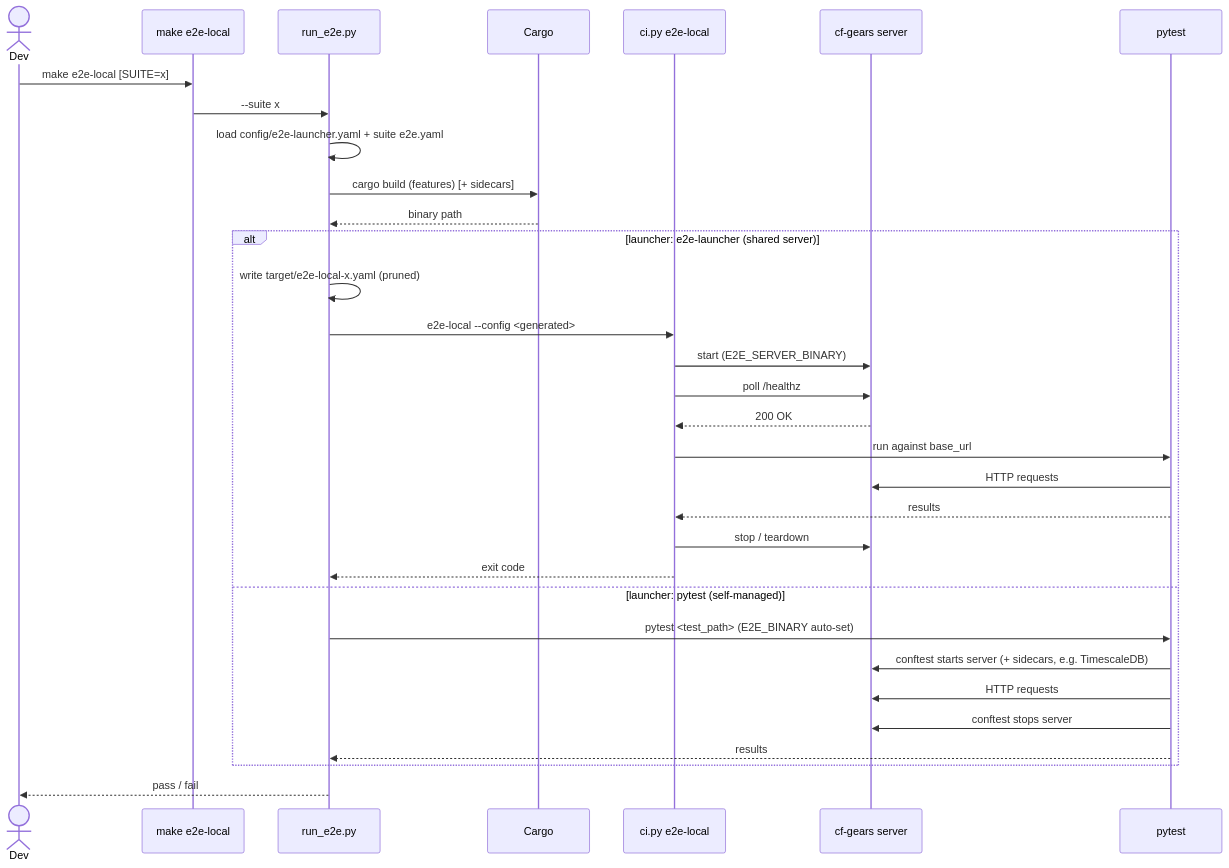
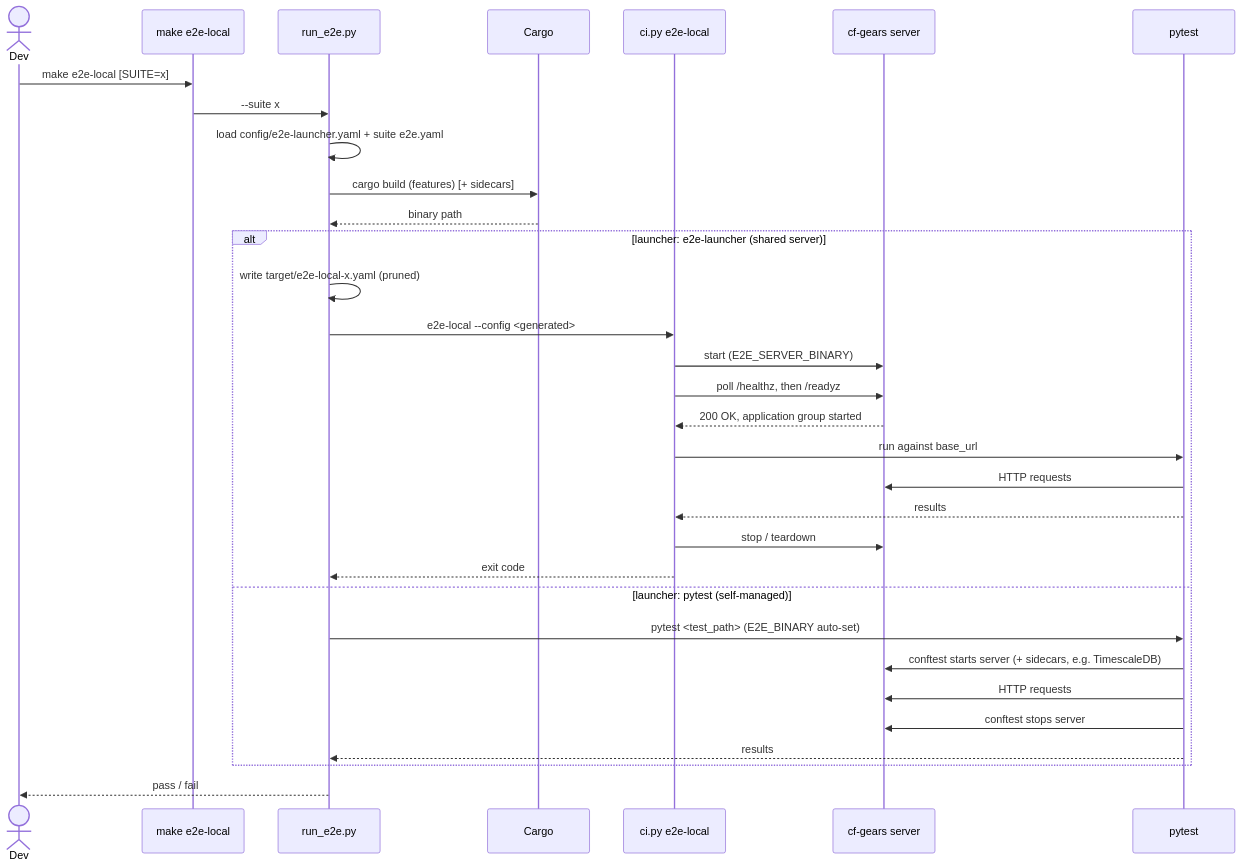
One commit to constructorfabric/gears-rust changed the diagram in testing/e2e/README.md. Above: the diagram before and after it, drawn with Mermaid. The commit also changed other lines of this file and 6 other files, not shown here.

````diff
--- a/testing/e2e/README.md
+++ b/testing/e2e/README.md
@@ -122,37 +126,37 @@
 ```mermaid
 sequenceDiagram
     actor Dev
     participant Make as make e2e-local
     participant Focus as run_e2e.py
     participant Cargo
     participant CI as ci.py e2e-local
     participant Server as cf-gears server
     participant Pytest as pytest
 
     Dev->>Make: make e2e-local [SUITE=x]
     Make->>Focus: --suite x
     Focus->>Focus: load config/e2e-launcher.yaml + suite e2e.yaml
     Focus->>Cargo: cargo build (features) [+ sidecars]
     Cargo-->>Focus: binary path
 
     alt launcher: e2e-launcher (shared server)
         Focus->>Focus: write target/e2e-local-x.yaml (pruned)
         Focus->>CI: e2e-local --config <generated>
         CI->>Server: start (E2E_SERVER_BINARY)
-        CI->>Server: poll /healthz
-        Server-->>CI: 200 OK
+        CI->>Server: poll /healthz, then /readyz
+        Server-->>CI: 200 OK, application group started
         CI->>Pytest: run against base_url
         Pytest->>Server: HTTP requests
         Pytest-->>CI: results
         CI->>Server: stop / teardown
         CI-->>Focus: exit code
     else launcher: pytest (self-managed)
         Focus->>Pytest: pytest <test_path> (E2E_BINARY auto-set)
         Pytest->>Server: conftest starts server (+ sidecars, e.g. TimescaleDB)
         Pytest->>Server: HTTP requests
         Pytest->>Server: conftest stops server
         Pytest-->>Focus: results
     end
 
     Focus-->>Dev: pass / fail
 ```
````
